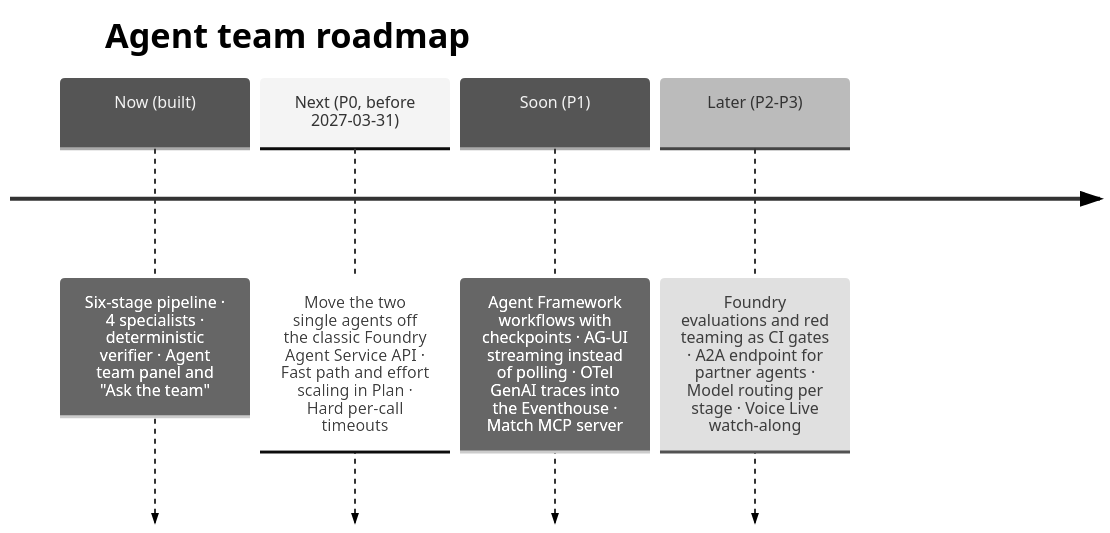
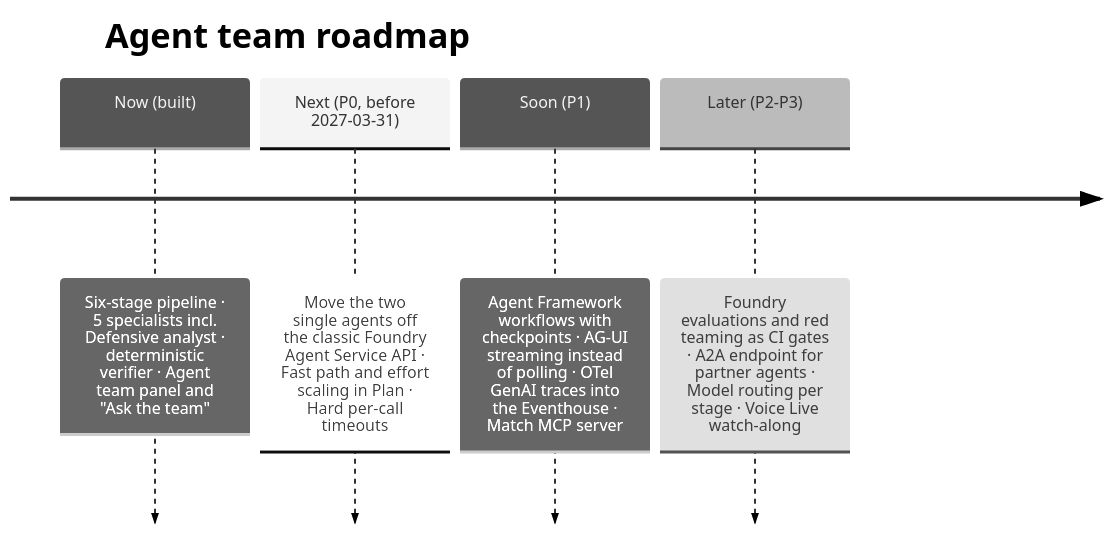
Before and after one commit to Shreyansh-Sharan/FootballIQ: the second of 2 diagrams in docs/MULTI_AGENT_HLD.md, drawn with Mermaid (neutral theme). The commit also changed other lines of this file and 15 other files, not shown here.

````diff
--- a/docs/MULTI_AGENT_HLD.md
+++ b/docs/MULTI_AGENT_HLD.md
@@ -162,8 +163,8 @@
 ```mermaid
 timeline
   title Agent team roadmap
-  Now (built) : Six-stage pipeline · 4 specialists · deterministic verifier · Agent team panel and "Ask the team"
+  Now (built) : Six-stage pipeline · 5 specialists incl. Defensive analyst · deterministic verifier · Agent team panel and "Ask the team"
   Next (P0, before 2027-03-31) : Move the two single agents off the classic Foundry Agent Service API · Fast path and effort scaling in Plan · Hard per-call timeouts
   Soon (P1) : Agent Framework workflows with checkpoints · AG-UI streaming instead of polling · OTel GenAI traces into the Eventhouse · Match MCP server
   Later (P2-P3) : Foundry evaluations and red teaming as CI gates · A2A endpoint for partner agents · Model routing per stage · Voice Live watch-along
 ```
````
